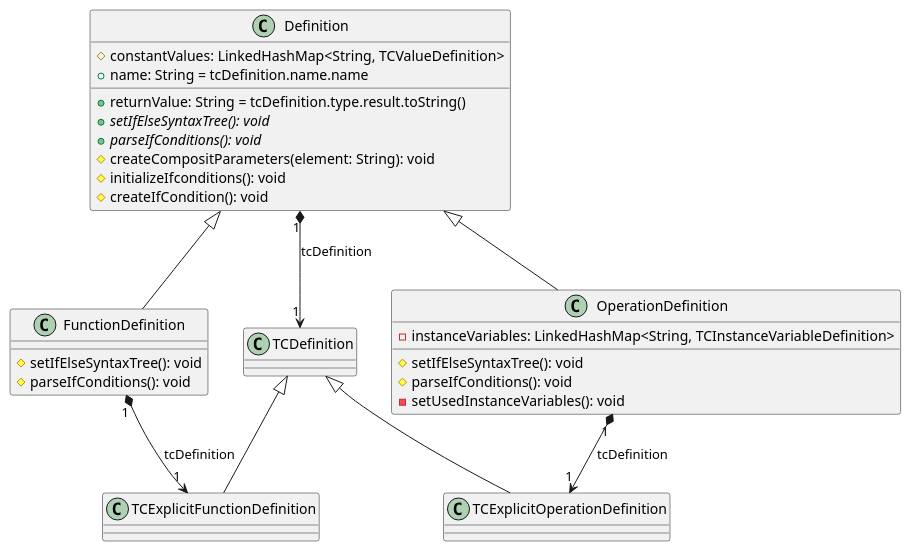
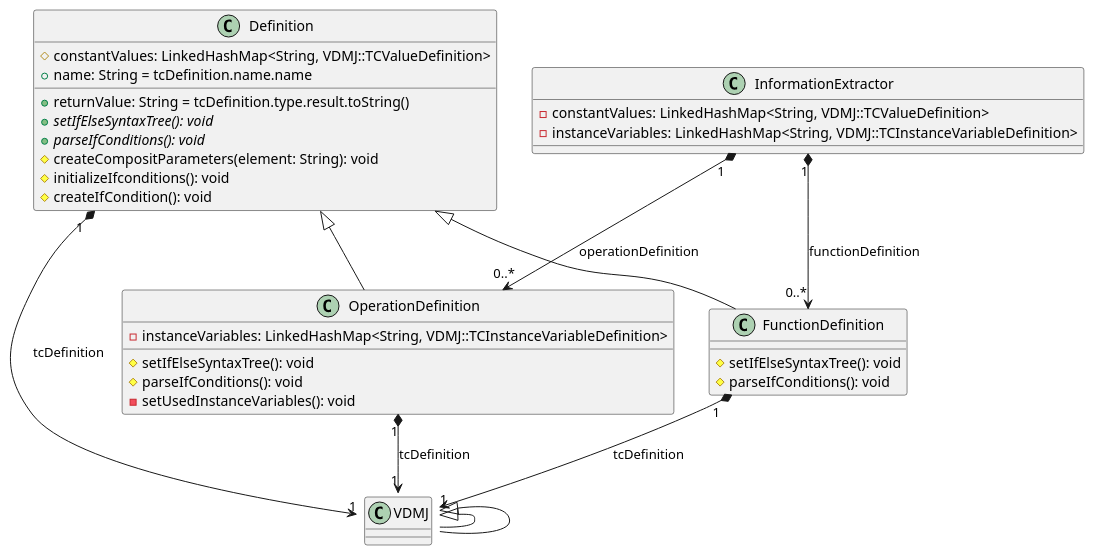
The diagram in figs/Definition.wsd (korosuke613/master-thesis), drawn with PlantUML before and after one commit.

Commit message:
クラス図の更新

```diff
--- a/figs/Definition.wsd
+++ b/figs/Definition.wsd
@@ -1,38 +1,47 @@
 @startuml Definition
 
+class InformationExtractor{
+     - constantValues: LinkedHashMap<String, VDMJ::TCValueDefinition>
+     - instanceVariables: LinkedHashMap<String, VDMJ::TCInstanceVariableDefinition>
+
+}
+
 class Definition{
-     # constantValues: LinkedHashMap<String, TCValueDefinition>
+     # constantValues: LinkedHashMap<String, VDMJ::TCValueDefinition>
      + returnValue: String = tcDefinition.type.result.toString()
      + name: String = tcDefinition.name.name
      + {abstract} setIfElseSyntaxTree(): void
      + {abstract} parseIfConditions(): void
      # createCompositParameters(element: String): void
      # initializeIfconditions(): void
      # createIfCondition(): void
 }
 
 class FunctionDefinition{
      # setIfElseSyntaxTree(): void
      # parseIfConditions(): void
 }
 
 class OperationDefinition{
-     - instanceVariables: LinkedHashMap<String, TCInstanceVariableDefinition>
+     - instanceVariables: LinkedHashMap<String, VDMJ::TCInstanceVariableDefinition>
      # setIfElseSyntaxTree(): void
      # parseIfConditions(): void
      - setUsedInstanceVariables(): void
 }
 
 ' left to right direction
-TCDefinition <|-- TCExplicitFunctionDefinition
-TCDefinition <|-- TCExplicitOperationDefinition
+VDMJ::TCDefinition <|-- VDMJ::TCExplicitFunctionDefinition
+VDMJ::TCDefinition <|-- VDMJ::TCExplicitOperationDefinition
 
 
-Definition "1" *--> "1" TCDefinition: tcDefinition
+Definition "1" *--> "1" VDMJ::TCDefinition: tcDefinition
 Definition <|-- FunctionDefinition
 Definition <|-- OperationDefinition
 
-FunctionDefinition "1" *--> "1" TCExplicitFunctionDefinition: tcDefinition
-OperationDefinition "1" *--> "1" TCExplicitOperationDefinition: tcDefinition
+FunctionDefinition "1" *--> "1" VDMJ::TCExplicitFunctionDefinition: tcDefinition
+OperationDefinition "1" *--> "1" VDMJ::TCExplicitOperationDefinition: tcDefinition
+
+InformationExtractor "1" *--> "0..*" OperationDefinition: operationDefinition
+InformationExtractor "1" *--> "0..*" FunctionDefinition: functionDefinition
 
 @enduml
```
